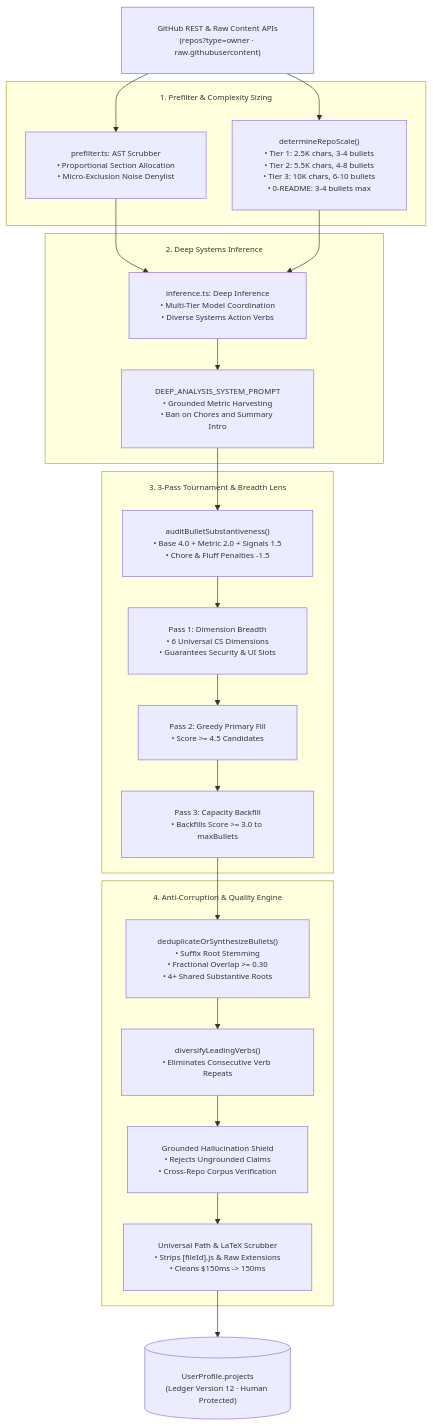
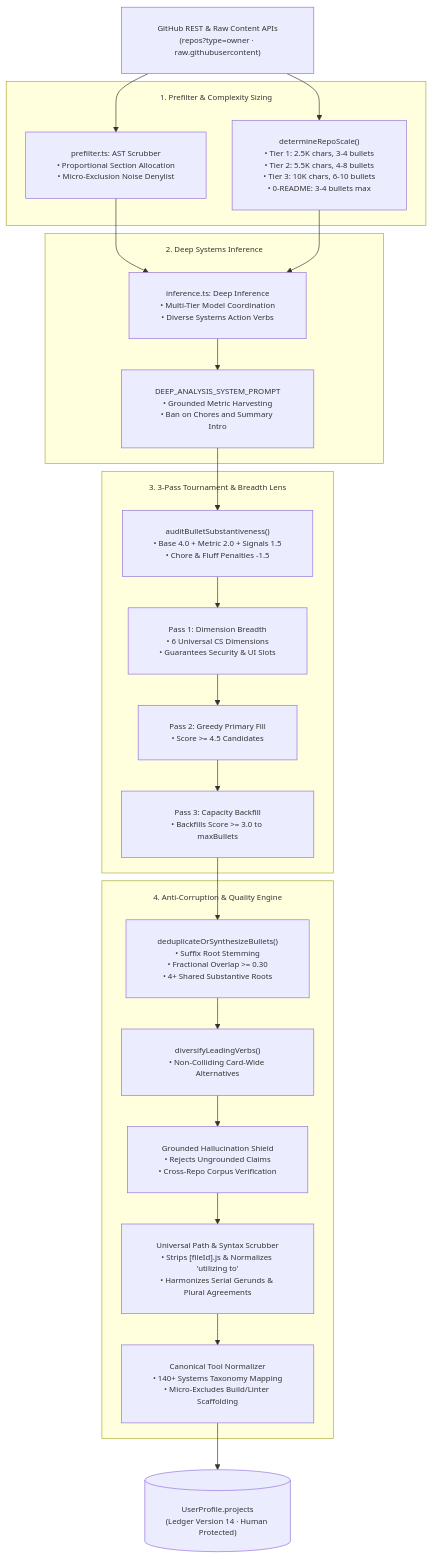
Before and after one commit to Marqlo-C/mailpilot: the fifth of 14 diagrams in README.md, drawn with Mermaid. The commit also changed other lines of this file and 20 other files, not shown here.

Commit message:
feat(github): harmonize serial predicates, normalize bare infinitives, expand tool taxonomy, and document vectorless RAG

````diff
--- a/README.md
+++ b/README.md
@@ -299,39 +307,40 @@
 ```mermaid
 %%{init: {"themeVariables": {"fontSize": "12px", "fontFamily": "-apple-system, BlinkMacSystemFont, Segoe UI, sans-serif"}, "themeCSS": ".edgeLabel foreignObject { overflow: visible !important; } .edgeLabel span { padding: 0 4px; }", "flowchart": {"padding": 24, "nodeSpacing": 40, "rankSpacing": 48, "subGraphTitleMargin": {"top": 16, "bottom": 20}}}}%%
 flowchart TD
   API["GitHub REST & Raw Content APIs<br/>(repos?type=owner · raw.githubusercontent)"]
 
   subgraph Stage1["1. Prefilter & Complexity Sizing"]
     AST["prefilter.ts: AST Scrubber<br/>• Proportional Section Allocation<br/>• Micro-Exclusion Noise Denylist"]
     SCALE["determineRepoScale()<br/>• Tier 1: 2.5K chars, 3-4 bullets<br/>• Tier 2: 5.5K chars, 4-8 bullets<br/>• Tier 3: 10K chars, 6-10 bullets<br/>• 0-README: 3-4 bullets max"]
   end
 
   subgraph Stage2["2. Deep Systems Inference"]
     INF["inference.ts: Deep Inference<br/>• Multi-Tier Model Coordination<br/>• Diverse Systems Action Verbs"]
     PROMPT["DEEP_ANALYSIS_SYSTEM_PROMPT<br/>• Grounded Metric Harvesting<br/>• Ban on Chores and Summary Intro"]
   end
 
   subgraph Stage3["3. 3-Pass Tournament & Breadth Lens"]
     AUDIT["auditBulletSubstantiveness()<br/>• Base 4.0 + Metric 2.0 + Signals 1.5<br/>• Chore & Fluff Penalties -1.5"]
     PASS1["Pass 1: Dimension Breadth<br/>• 6 Universal CS Dimensions<br/>• Guarantees Security & UI Slots"]
     PASS2["Pass 2: Greedy Primary Fill<br/>• Score >= 4.5 Candidates"]
     PASS3["Pass 3: Capacity Backfill<br/>• Backfills Score >= 3.0 to maxBullets"]
   end
 
   subgraph Stage4["4. Anti-Corruption & Quality Engine"]
     DEDUP["deduplicateOrSynthesizeBullets()<br/>• Suffix Root Stemming<br/>• Fractional Overlap >= 0.30<br/>• 4+ Shared Substantive Roots"]
-    VERB["diversifyLeadingVerbs()<br/>• Eliminates Consecutive Verb Repeats"]
+    VERB["diversifyLeadingVerbs()<br/>• Non-Colliding Card-Wide Alternatives"]
     SHIELD["Grounded Hallucination Shield<br/>• Rejects Ungrounded Claims<br/>• Cross-Repo Corpus Verification"]
-    SCRUB["Universal Path & LaTeX Scrubber<br/>• Strips [fileId].js & Raw Extensions<br/>• Cleans $150ms -> 150ms"]
+    SCRUB["Universal Path & Syntax Scrubber<br/>• Strips [fileId].js & Normalizes 'utilizing to'<br/>• Harmonizes Serial Gerunds & Plural Agreements"]
+    TOOLS["Canonical Tool Normalizer<br/>• 140+ Systems Taxonomy Mapping<br/>• Micro-Excludes Build/Linter Scaffolding"]
   end
 
-  DB[("UserProfile.projects<br/>(Ledger Version 12 · Human Protected)")]
+  DB[("UserProfile.projects<br/>(Ledger Version 14 · Human Protected)")]
 
   API --> AST & SCALE
   AST & SCALE --> INF
   INF --> PROMPT
   PROMPT --> AUDIT
   AUDIT --> PASS1 --> PASS2 --> PASS3
-  PASS3 --> DEDUP --> VERB --> SHIELD --> SCRUB
-  SCRUB --> DB
+  PASS3 --> DEDUP --> VERB --> SHIELD --> SCRUB --> TOOLS
+  TOOLS --> DB
 ```
````
